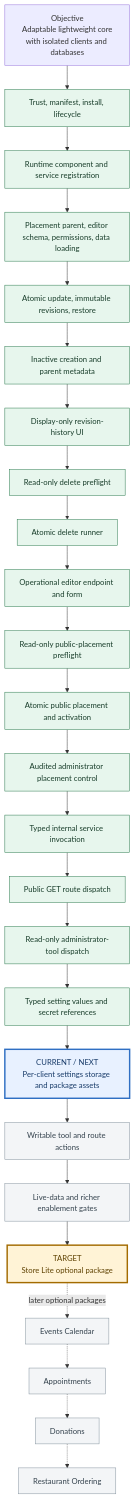
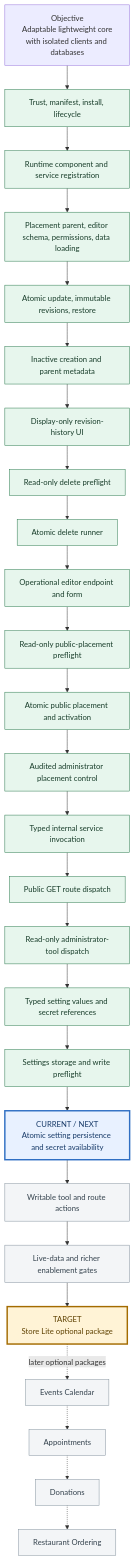
One commit to orojas01-glitch/redcms changed the diagram in docs/ADD-ON-PLATFORM-STATUS.md. Above: the diagram before and after it, drawn with Mermaid. The commit also changed other lines of this file and 15 other files, not shown here.

Commit message:
Add add-on setting storage preflight

````diff
--- a/docs/ADD-ON-PLATFORM-STATUS.md
+++ b/docs/ADD-ON-PLATFORM-STATUS.md
@@ -7,37 +7,38 @@
 ```mermaid
 flowchart TD
     O["Objective<br/>Adaptable lightweight core<br/>with isolated clients and databases"]
     O --> F1["Trust, manifest, install, lifecycle"]
     F1 --> F2["Runtime component and service registration"]
     F2 --> F3["Placement parent, editor schema, permissions, data loading"]
     F3 --> F4["Atomic update, immutable revisions, restore"]
     F4 --> F5["Inactive creation and parent metadata"]
     F5 --> F6["Display-only revision-history UI"]
     F6 --> F7["Read-only delete preflight"]
     F7 --> F8["Atomic delete runner"]
     F8 --> F9["Operational editor endpoint and form"]
     F9 --> F10["Read-only public-placement preflight"]
     F10 --> F11["Atomic public placement and activation"]
     F11 --> F12["Audited administrator placement control"]
     F12 --> F13["Typed internal service invocation"]
     F13 --> F14["Public GET route dispatch"]
     F14 --> F15["Read-only administrator-tool dispatch"]
     F15 --> F16["Typed setting values and secret references"]
-    F16 --> C["CURRENT / NEXT<br/>Per-client settings storage and package assets"]
+    F16 --> F17["Settings storage and write preflight"]
+    F17 --> C["CURRENT / NEXT<br/>Atomic setting persistence and secret availability"]
     C --> G4["Writable tool and route actions"]
     G4 --> G5["Live-data and richer enablement gates"]
     G5 --> S["TARGET<br/>Store Lite optional package"]
     S -. later optional packages .-> E["Events Calendar"]
     E -.-> A["Appointments"]
     A -.-> D["Donations"]
     D -.-> R["Restaurant Ordering"]
 
     classDef complete fill:#e7f6ed,stroke:#27764a,color:#183d2a;
     classDef current fill:#e8f1ff,stroke:#2f6fc3,color:#173a68,stroke-width:3px;
     classDef remaining fill:#f3f5f7,stroke:#82909c,color:#34424d;
     classDef target fill:#fff3d6,stroke:#a36b00,color:#5e4100,stroke-width:3px;
-    class F1,F2,F3,F4,F5,F6,F7,F8,F9,F10,F11,F12,F13,F14,F15,F16 complete;
+    class F1,F2,F3,F4,F5,F6,F7,F8,F9,F10,F11,F12,F13,F14,F15,F16,F17 complete;
     class C current;
     class G4,G5,E,A,D,R remaining;
     class S target;
 ```
````
